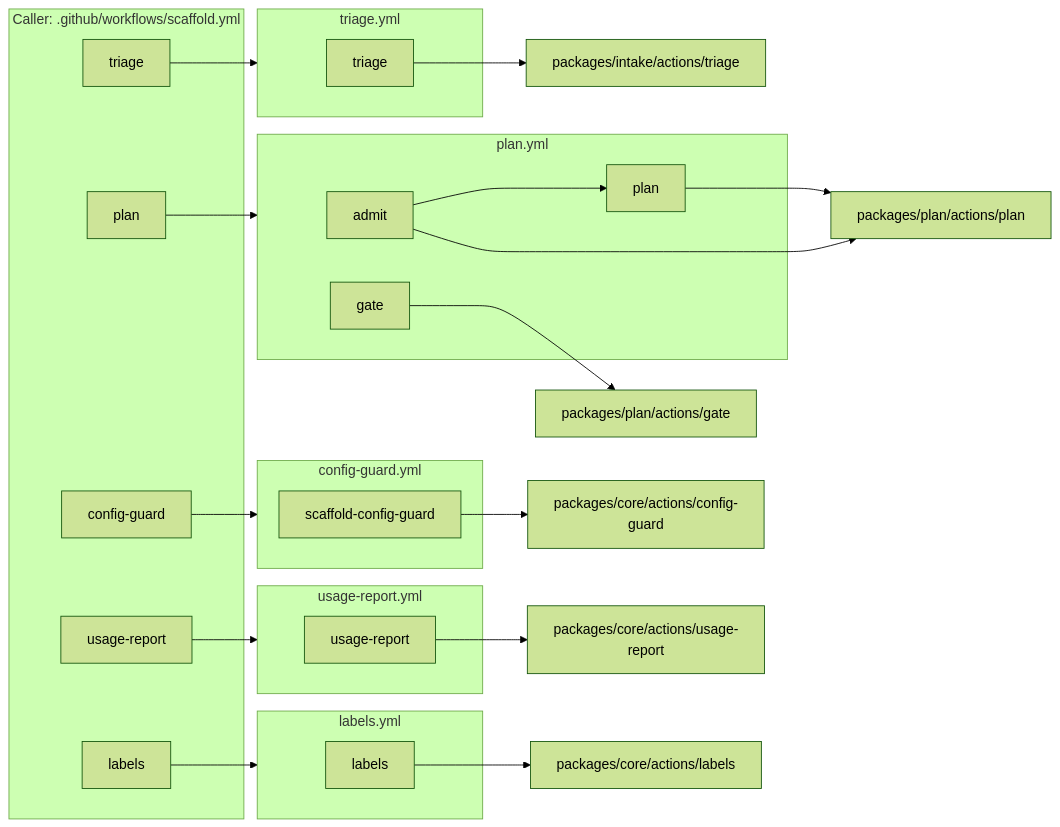
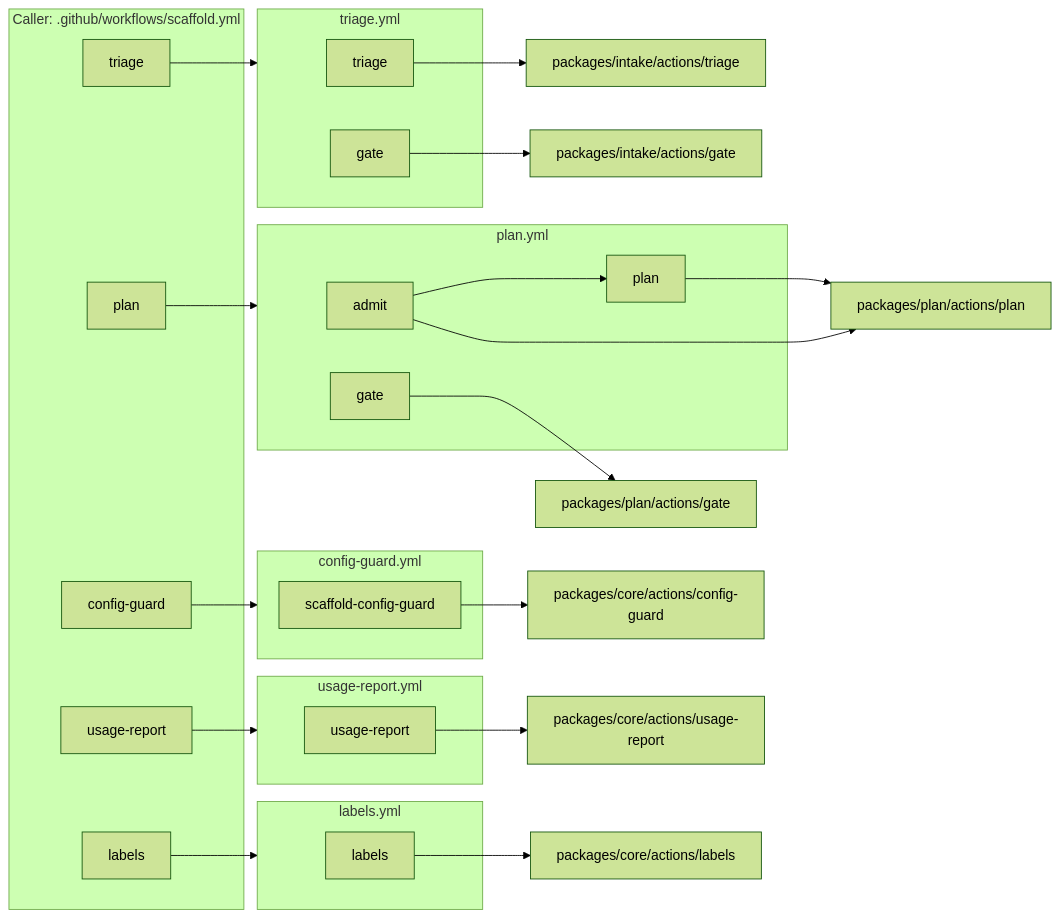
Before and after one commit to JackWP1/scaffold: the second of 2 diagrams in docs/diagrams/architecture.md, drawn with Mermaid (forest theme). The commit also changed 24 other files, not shown here.

First line of the commit message:
Slice 2b: scenarios comment, scenarios gate, triage routes to needs-gherkin

````diff
--- a/docs/diagrams/architecture.md
+++ b/docs/diagrams/architecture.md
@@ -88,40 +88,42 @@
 ```mermaid
 flowchart LR
   subgraph caller["Caller: .github/workflows/scaffold.yml"]
     c_triage["triage"]
     c_plan["plan"]
     c_config_guard["config-guard"]
     c_usage_report["usage-report"]
     c_labels["labels"]
   end
   subgraph w_config_guard_yml["config-guard.yml"]
     w_config_guard_yml_scaffold_config_guard["scaffold-config-guard"]
   end
   subgraph w_labels_yml["labels.yml"]
     w_labels_yml_labels["labels"]
   end
   subgraph w_plan_yml["plan.yml"]
     w_plan_yml_admit["admit"]
     w_plan_yml_plan["plan"]
     w_plan_yml_admit --> w_plan_yml_plan
     w_plan_yml_gate["gate"]
   end
   subgraph w_triage_yml["triage.yml"]
     w_triage_yml_triage["triage"]
+    w_triage_yml_gate["gate"]
   end
   subgraph w_usage_report_yml["usage-report.yml"]
     w_usage_report_yml_usage_report["usage-report"]
   end
   c_triage --> w_triage_yml
   c_plan --> w_plan_yml
   c_config_guard --> w_config_guard_yml
   c_usage_report --> w_usage_report_yml
   c_labels --> w_labels_yml
   w_config_guard_yml_scaffold_config_guard --> a_packages_core_actions_config_guard["packages/core/actions/config-guard"]
   w_labels_yml_labels --> a_packages_core_actions_labels["packages/core/actions/labels"]
   w_plan_yml_admit --> a_packages_plan_actions_plan["packages/plan/actions/plan"]
   w_plan_yml_plan --> a_packages_plan_actions_plan["packages/plan/actions/plan"]
   w_plan_yml_gate --> a_packages_plan_actions_gate["packages/plan/actions/gate"]
   w_triage_yml_triage --> a_packages_intake_actions_triage["packages/intake/actions/triage"]
+  w_triage_yml_gate --> a_packages_intake_actions_gate["packages/intake/actions/gate"]
   w_usage_report_yml_usage_report --> a_packages_core_actions_usage_report["packages/core/actions/usage-report"]
 ```
````
